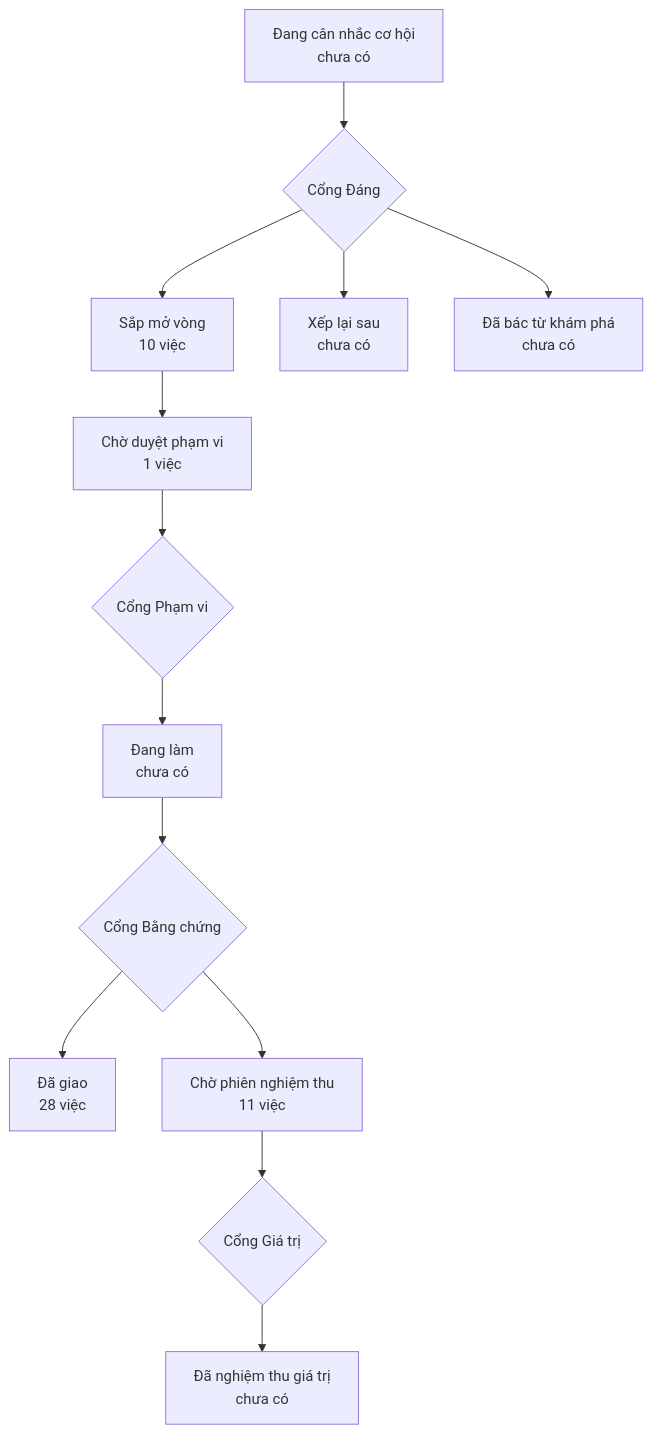
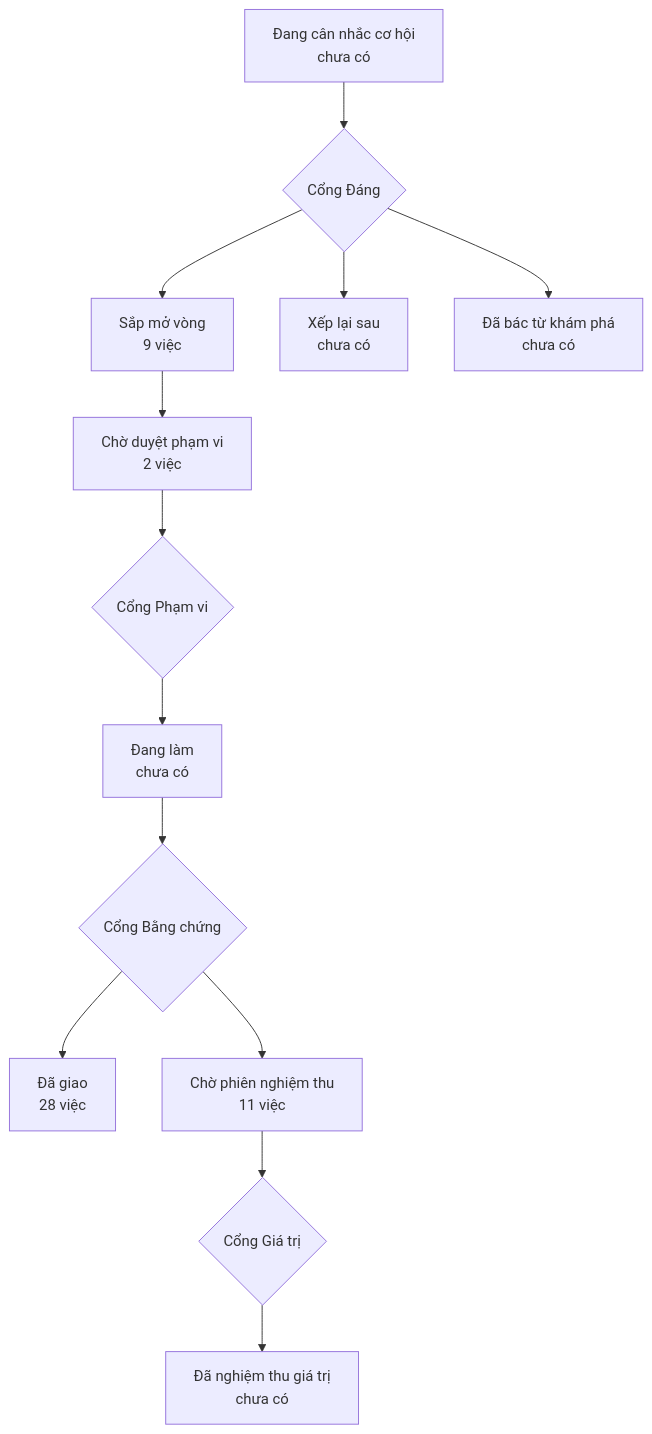
Before and after one commit to phanlemanh/onehub-invest: the diagram in PRODUCT-MAP.md, drawn with Mermaid. The commit also changed 10 other files, not shown here.

Commit message:
docs(acceptance): ops-nhan-ma-nguon (ON7, T3) — hợp đồng, evals, design, gap-probe, thẻ Cổng Phạm vi

````diff
--- a/PRODUCT-MAP.md
+++ b/PRODUCT-MAP.md
@@ -7,12 +7,12 @@
 ```mermaid
 flowchart TD
   A["Đang cân nhắc cơ hội<br/>chưa có"] --> GD{"Cổng Đáng"}
-  GD --> B["Sắp mở vòng<br/>10 việc"]
+  GD --> B["Sắp mở vòng<br/>9 việc"]
   GD --> XL["Xếp lại sau<br/>chưa có"]
   GD --> DB["Đã bác từ khám phá<br/>chưa có"]
-  B --> CD["Chờ duyệt phạm vi<br/>1 việc"] --> GP{"Cổng Phạm vi"}
+  B --> CD["Chờ duyệt phạm vi<br/>2 việc"] --> GP{"Cổng Phạm vi"}
   GP --> DL["Đang làm<br/>chưa có"] --> GB{"Cổng Bằng chứng"}
   GB --> DG["Đã giao<br/>28 việc"]
   GB --> CN["Chờ phiên nghiệm thu<br/>11 việc"] --> GG{"Cổng Giá trị"}
   GG --> NT["Đã nghiệm thu giá trị<br/>chưa có"]
 ```
````
